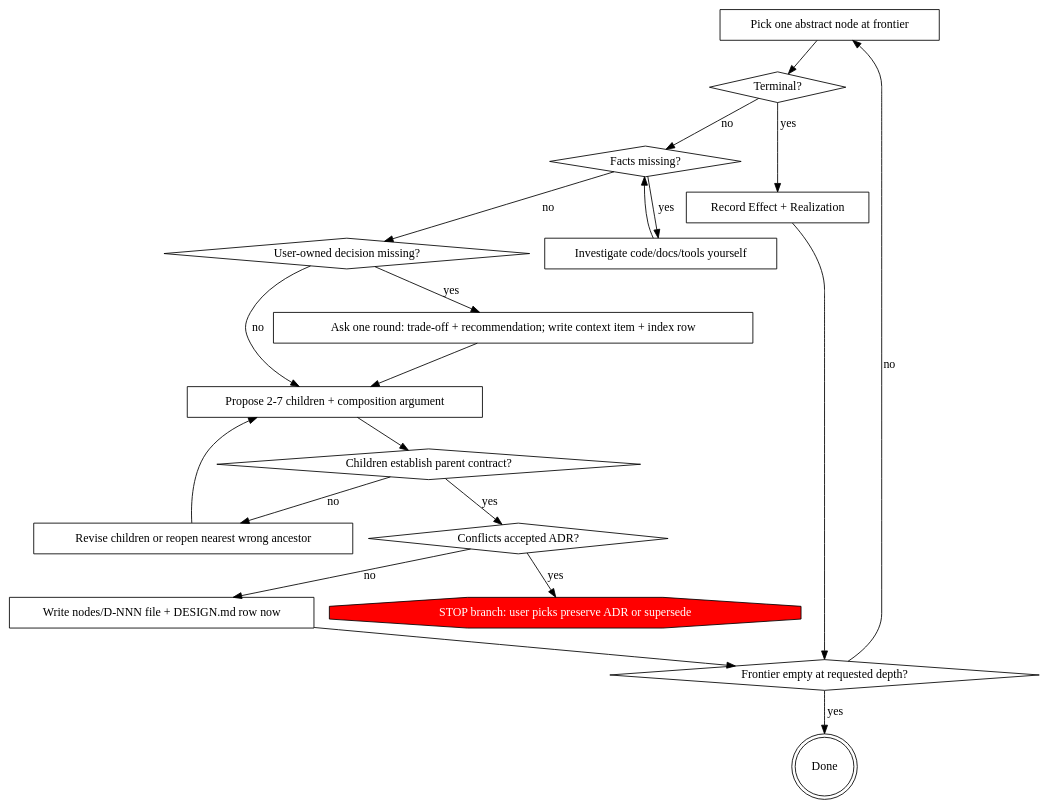
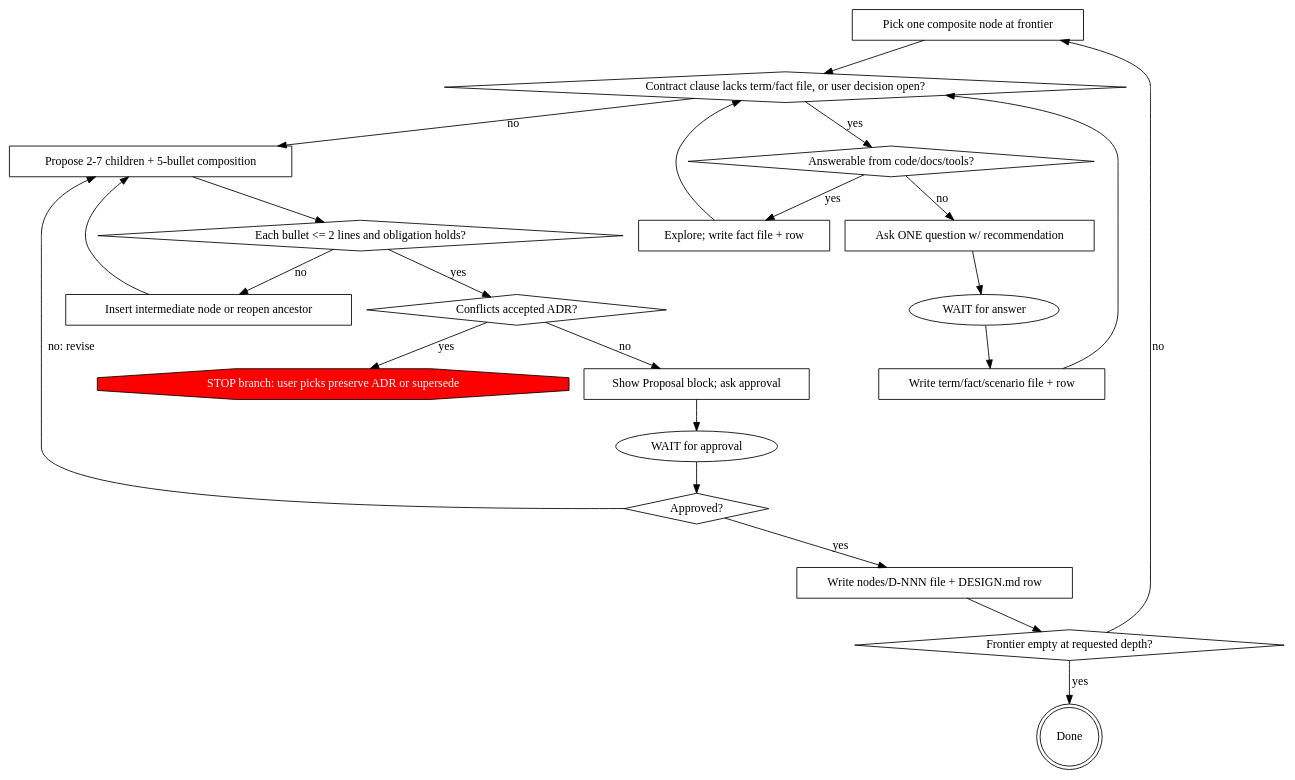
One commit to HollandDM/my-skills changed the diagram in constructing-software-stepwise/skills/constructing-software-stepwise/SKILL.md. Above: the diagram before and after it, drawn with Graphviz. The commit also changed other lines of this file and 5 other files, not shown here.

````diff
--- a/constructing-software-stepwise/skills/constructing-software-stepwise/SKILL.md
+++ b/constructing-software-stepwise/skills/constructing-software-stepwise/SKILL.md
@@ -51,39 +69,45 @@
 ```dot
 digraph refine {
-    "Pick one abstract node at frontier" [shape=box];
-    "Terminal?" [shape=diamond];
-    "Record Effect + Realization" [shape=box];
-    "Facts missing?" [shape=diamond];
-    "Investigate code/docs/tools yourself" [shape=box];
-    "User-owned decision missing?" [shape=diamond];
-    "Ask one round: trade-off + recommendation; write context item + index row" [shape=box];
-    "Propose 2-7 children + composition argument" [shape=box];
-    "Children establish parent contract?" [shape=diamond];
-    "Revise children or reopen nearest wrong ancestor" [shape=box];
+    "Pick one composite node at frontier" [shape=box];
+    "Contract clause lacks term/fact file, or user decision open?" [shape=diamond];
+    "Answerable from code/docs/tools?" [shape=diamond];
+    "Explore; write fact file + row" [shape=box];
+    "Ask ONE question w/ recommendation" [shape=box];
+    "WAIT for answer" [shape=ellipse];
+    "Write term/fact/scenario file + row" [shape=box];
+    "Propose 2-7 children + 5-bullet composition" [shape=box];
+    "Each bullet <= 2 lines and obligation holds?" [shape=diamond];
+    "Insert intermediate node or reopen ancestor" [shape=box];
     "Conflicts accepted ADR?" [shape=diamond];
     "STOP branch: user picks preserve ADR or supersede" [shape=octagon, style=filled, fillcolor=red, fontcolor=white];
-    "Write nodes/D-NNN file + DESIGN.md row now" [shape=box];
+    "Show Proposal block; ask approval" [shape=box];
+    "WAIT for approval" [shape=ellipse];
+    "Approved?" [shape=diamond];
+    "Write nodes/D-NNN file + DESIGN.md row" [shape=box];
     "Frontier empty at requested depth?" [shape=diamond];
     "Done" [shape=doublecircle];
 
-    "Pick one abstract node at frontier" -> "Terminal?";
-    "Terminal?" -> "Record Effect + Realization" [label="yes"];
-    "Terminal?" -> "Facts missing?" [label="no"];
-    "Facts missing?" -> "Investigate code/docs/tools yourself" [label="yes"];
-    "Investigate code/docs/tools yourself" -> "Facts missing?";
-    "Facts missing?" -> "User-owned decision missing?" [label="no"];
-    "User-owned decision missing?" -> "Ask one round: trade-off + recommendation; write context item + index row" [label="yes"];
-    "Ask one round: trade-off + recommendation; write context item + index row" -> "Propose 2-7 children + composition argument";
-    "User-owned decision missing?" -> "Propose 2-7 children + composition argument" [label="no"];
-    "Propose 2-7 children + composition argument" -> "Children establish parent contract?";
-    "Children establish parent contract?" -> "Revise children or reopen nearest wrong ancestor" [label="no"];
-    "Revise children or reopen nearest wrong ancestor" -> "Propose 2-7 children + composition argument";
-    "Children establish parent contract?" -> "Conflicts accepted ADR?" [label="yes"];
+    "Pick one composite node at frontier" -> "Contract clause lacks term/fact file, or user decision open?";
+    "Contract clause lacks term/fact file, or user decision open?" -> "Answerable from code/docs/tools?" [label="yes"];
+    "Answerable from code/docs/tools?" -> "Explore; write fact file + row" [label="yes"];
+    "Explore; write fact file + row" -> "Contract clause lacks term/fact file, or user decision open?";
+    "Answerable from code/docs/tools?" -> "Ask ONE question w/ recommendation" [label="no"];
+    "Ask ONE question w/ recommendation" -> "WAIT for answer";
+    "WAIT for answer" -> "Write term/fact/scenario file + row";
+    "Write term/fact/scenario file + row" -> "Contract clause lacks term/fact file, or user decision open?";
+    "Contract clause lacks term/fact file, or user decision open?" -> "Propose 2-7 children + 5-bullet composition" [label="no"];
+    "Propose 2-7 children + 5-bullet composition" -> "Each bullet <= 2 lines and obligation holds?";
+    "Each bullet <= 2 lines and obligation holds?" -> "Insert intermediate node or reopen ancestor" [label="no"];
+    "Insert intermediate node or reopen ancestor" -> "Propose 2-7 children + 5-bullet composition";
+    "Each bullet <= 2 lines and obligation holds?" -> "Conflicts accepted ADR?" [label="yes"];
     "Conflicts accepted ADR?" -> "STOP branch: user picks preserve ADR or supersede" [label="yes"];
-    "Conflicts accepted ADR?" -> "Write nodes/D-NNN file + DESIGN.md row now" [label="no"];
-    "Write nodes/D-NNN file + DESIGN.md row now" -> "Frontier empty at requested depth?";
-    "Record Effect + Realization" -> "Frontier empty at requested depth?";
+    "Conflicts accepted ADR?" -> "Show Proposal block; ask approval" [label="no"];
+    "Show Proposal block; ask approval" -> "WAIT for approval";
+    "WAIT for approval" -> "Approved?";
+    "Approved?" -> "Propose 2-7 children + 5-bullet composition" [label="no: revise"];
+    "Approved?" -> "Write nodes/D-NNN file + DESIGN.md row" [label="yes"];
+    "Write nodes/D-NNN file + DESIGN.md row" -> "Frontier empty at requested depth?";
     "Frontier empty at requested depth?" -> "Done" [label="yes"];
-    "Frontier empty at requested depth?" -> "Pick one abstract node at frontier" [label="no"];
+    "Frontier empty at requested depth?" -> "Pick one composite node at frontier" [label="no"];
 }
 ```
````
